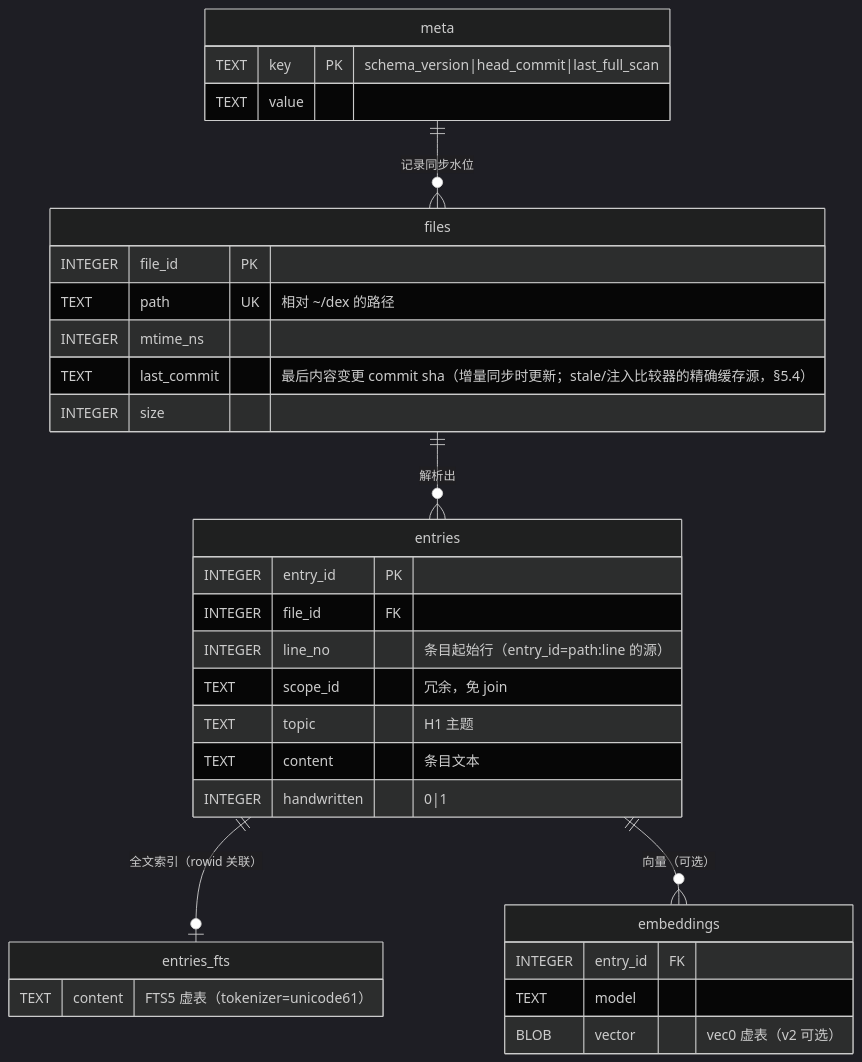
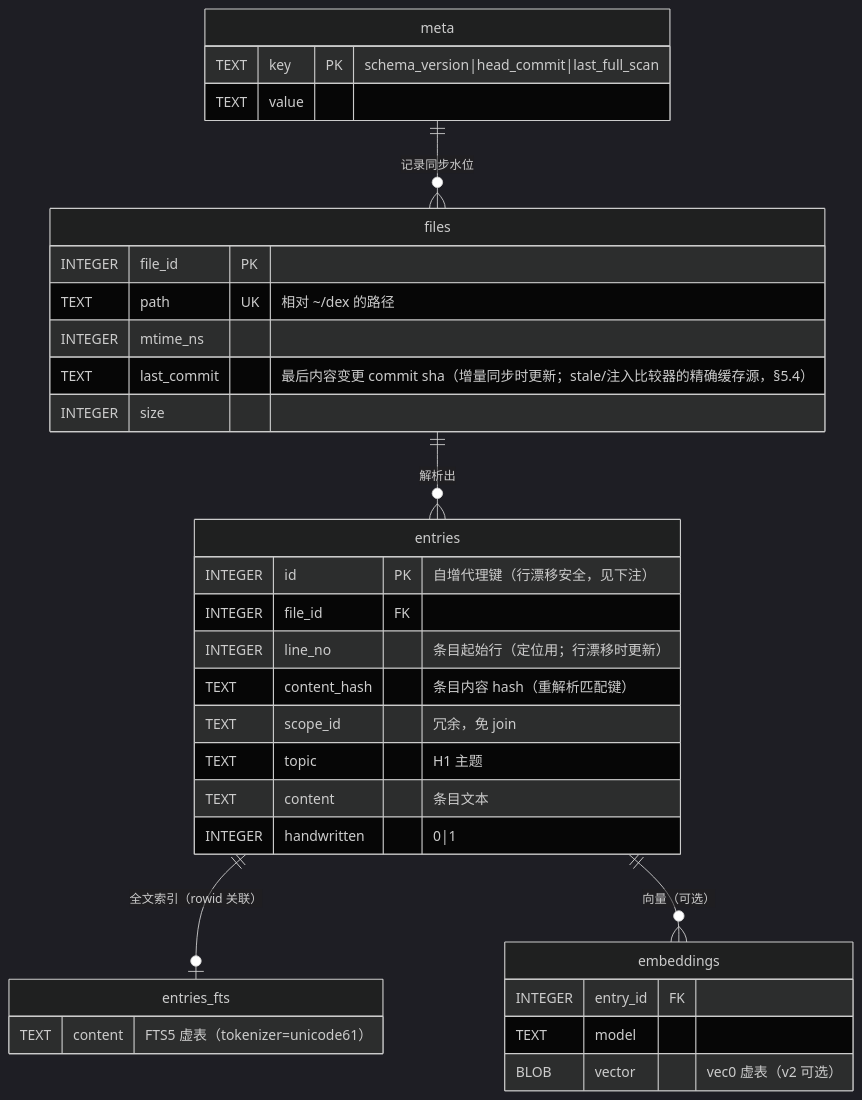
The fifth of 15 diagrams in docs/DESIGN.md (Jo0OCTsai/pokemon-remember-you), drawn with Mermaid (dark theme) before and after one commit. The commit also changed other lines of this file and 5 other files, not shown here.

First line of the commit message:
docs: debt 清偿（需求/设计 v1.11）+ 场景推演时序图（推演 v1.5）

````diff
--- a/docs/DESIGN.md
+++ b/docs/DESIGN.md
@@ -409,36 +434,37 @@
 ```mermaid
 erDiagram
     files ||--o{ entries : "解析出"
     entries ||--o| entries_fts : "全文索引（rowid 关联）"
     entries ||--o{ embeddings : "向量（可选）"
     meta ||--o{ files : "记录同步水位"
 
     files {
         INTEGER file_id PK
         TEXT path UK "相对 ~/dex 的路径"
         INTEGER mtime_ns
         TEXT last_commit "最后内容变更 commit sha（增量同步时更新；stale/注入比较器的精确缓存源，§5.4）"
         INTEGER size
     }
     entries {
-        INTEGER entry_id PK
+        INTEGER id PK "自增代理键（行漂移安全，见下注）"
         INTEGER file_id FK
-        INTEGER line_no "条目起始行（entry_id=path:line 的源）"
+        INTEGER line_no "条目起始行（定位用；行漂移时更新）"
+        TEXT content_hash "条目内容 hash（重解析匹配键）"
         TEXT scope_id "冗余，免 join"
         TEXT topic "H1 主题"
         TEXT content "条目文本"
         INTEGER handwritten "0|1"
     }
     entries_fts {
         TEXT content "FTS5 虚表（tokenizer=unicode61）"
     }
     embeddings {
         INTEGER entry_id FK
         TEXT model
         BLOB vector "vec0 虚表（v2 可选）"
     }
     meta {
         TEXT key PK "schema_version|head_commit|last_full_scan"
         TEXT value
     }
 ```
````
